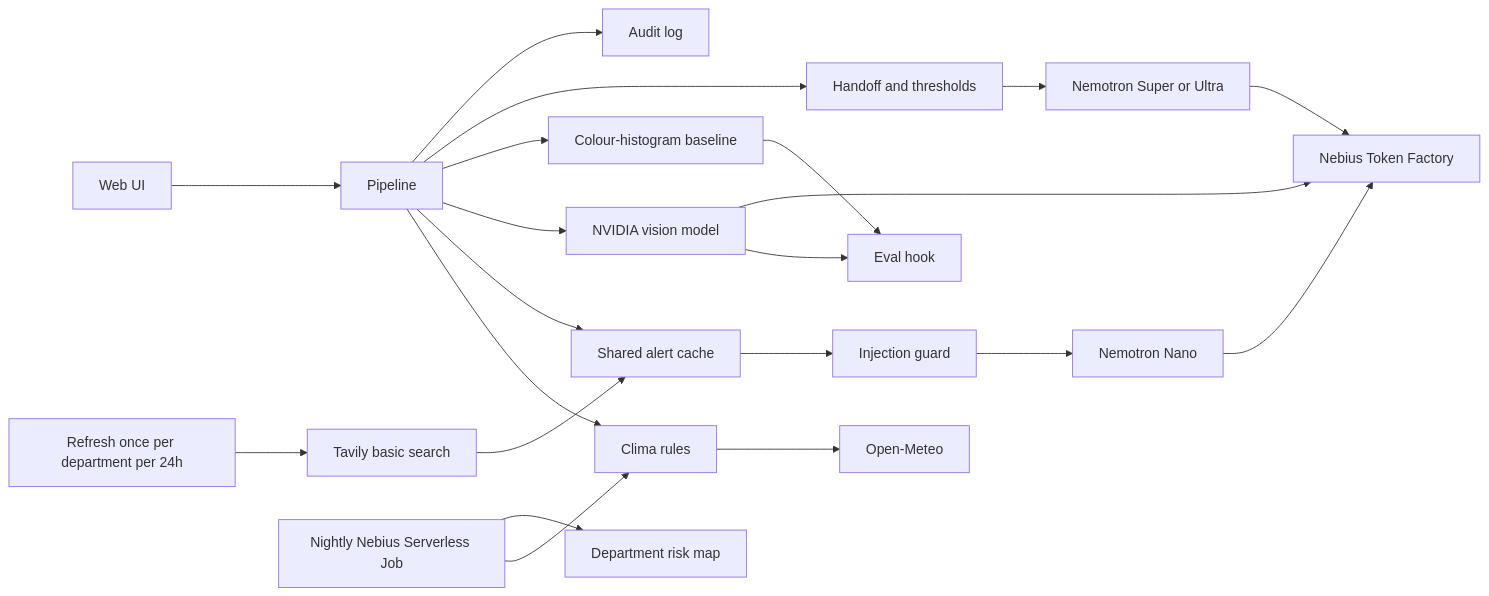
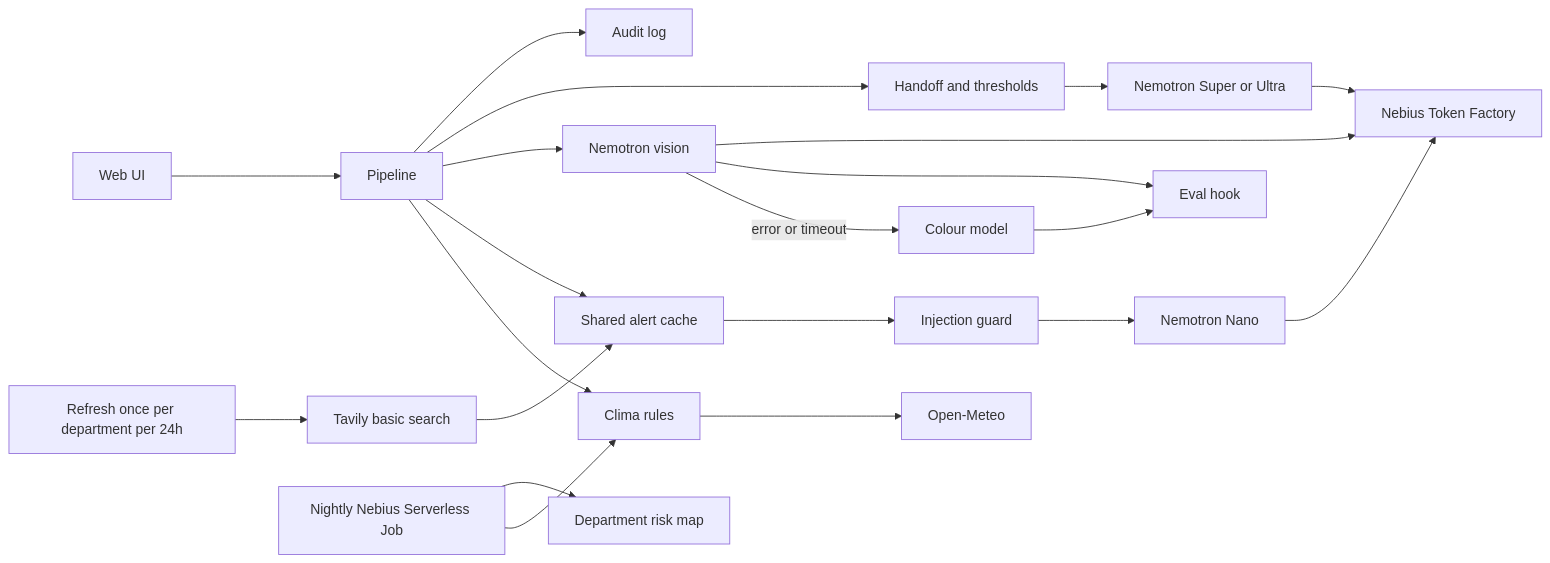
Before and after one commit to jaime-sql/agroclima-agent: the diagram in README.md, drawn with Mermaid. The commit also changed other lines of this file and 9 other files, not shown here.

````diff
--- a/README.md
+++ b/README.md
@@ -69,23 +69,23 @@
 ```mermaid
 flowchart LR
   UI[Web UI] --> Pipe[Pipeline]
   Pipe --> Clima[Clima rules]
   Clima --> Meteo[Open-Meteo]
   Pipe --> Cache[Shared alert cache]
   Refresh[Refresh once per department per 24h] --> Tavily[Tavily basic search]
   Tavily --> Cache
   Cache --> Guard[Injection guard]
   Guard --> Nano[Nemotron Nano]
-  Pipe --> Vision[NVIDIA vision model]
-  Pipe --> Hist[Colour-histogram baseline]
+  Pipe --> Vision[Nemotron vision]
+  Vision -->|error or timeout| Hist[Colour model]
   Vision --> Eval[Eval hook]
   Hist --> Eval
   Pipe --> Rules[Handoff and thresholds]
   Rules --> Plan[Nemotron Super or Ultra]
   Nano --> TF[Nebius Token Factory]
   Vision --> TF
   Plan --> TF
   Job[Nightly Nebius Serverless Job] --> Clima
   Job --> Map[Department risk map]
   Pipe --> Audit[Audit log]
 ```
````
